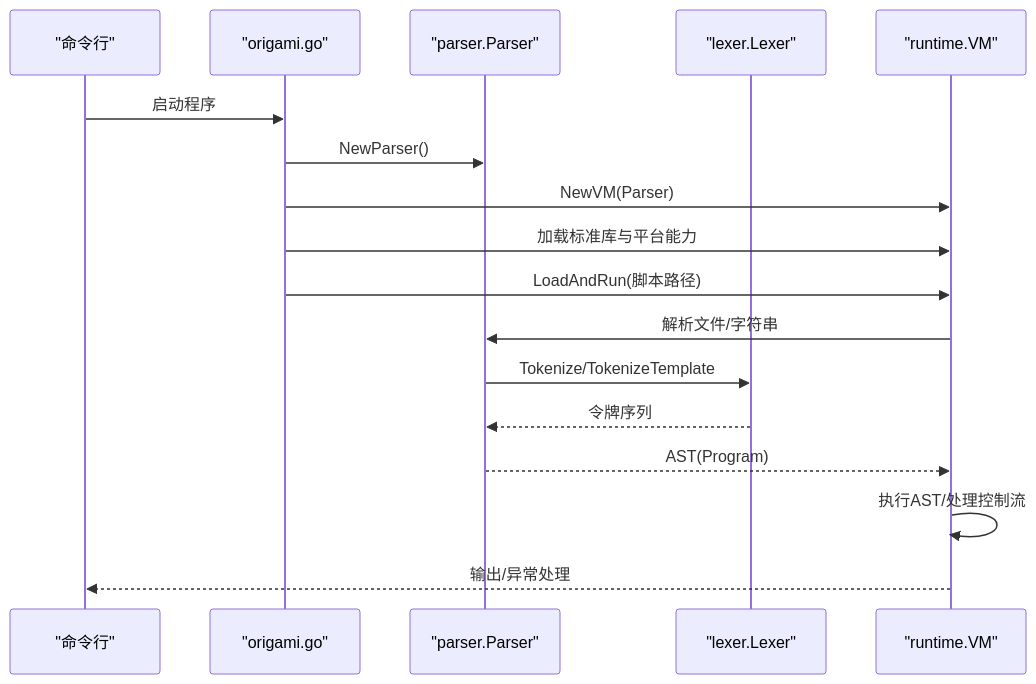
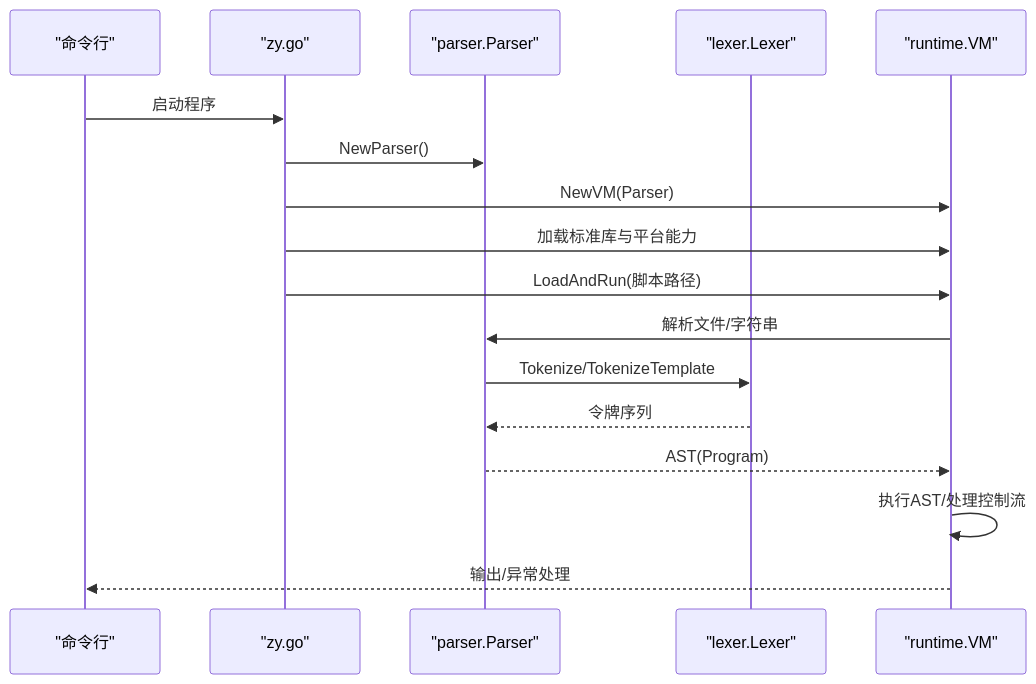
Before and after one commit to php-any/origami: the second of 7 diagrams in .qoder/repowiki/zh/content/编译器系统/编译器系统.md, drawn with Mermaid. The commit also changed other lines of this file and 21 other files, not shown here.

````diff
--- a/.qoder/repowiki/zh/content/编译器系统/编译器系统.md
+++ b/.qoder/repowiki/zh/content/编译器系统/编译器系统.md
@@ -133,19 +133,19 @@
 ```mermaid
 sequenceDiagram
 participant CLI as "命令行"
-participant Main as "origami.go"
+participant Main as "zy.go"
 participant Parser as "parser.Parser"
 participant Lexer as "lexer.Lexer"
 participant VM as "runtime.VM"
 CLI->>Main : 启动程序
 Main->>Parser : NewParser()
 Main->>VM : NewVM(Parser)
 Main->>VM : 加载标准库与平台能力
 Main->>VM : LoadAndRun(脚本路径)
 VM->>Parser : 解析文件/字符串
 Parser->>Lexer : Tokenize/TokenizeTemplate
 Lexer-->>Parser : 令牌序列
 Parser-->>VM : AST(Program)
 VM->>VM : 执行AST/处理控制流
 VM-->>CLI : 输出/异常处理
 ```
````
